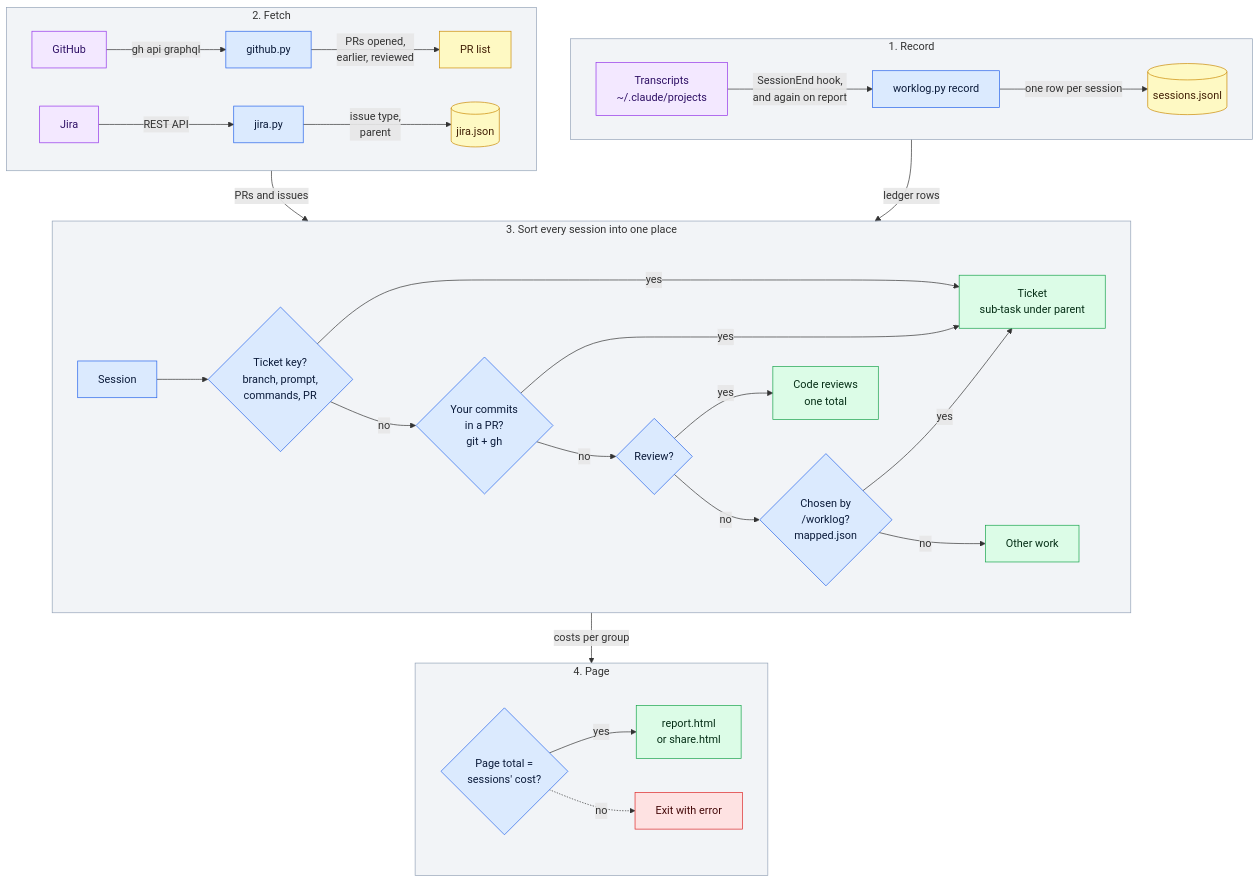
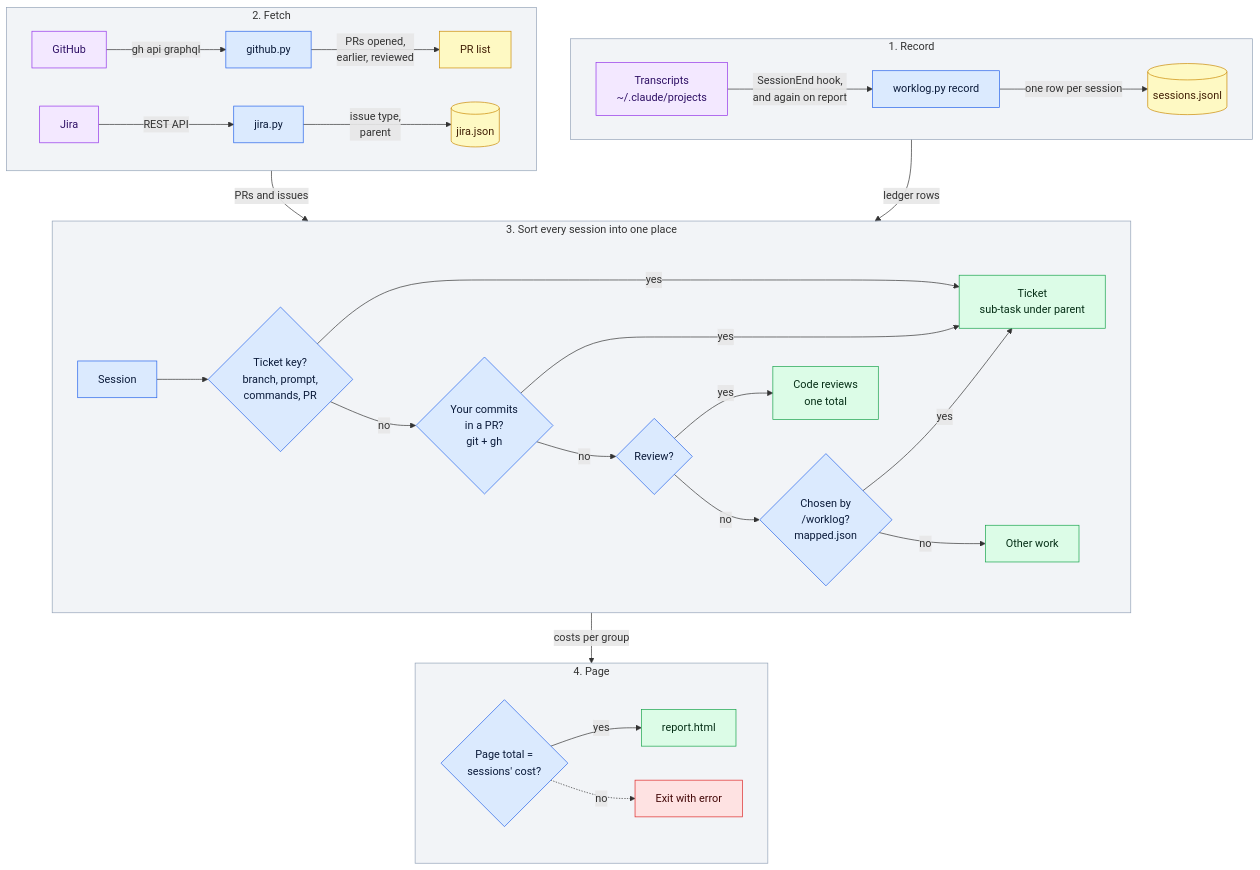
Before and after one commit to araltiparmak/claude-harness: the diagram in skills/worklog/flow.mmd, drawn with Mermaid. The commit also changed 6 other files, not shown here.

First line of the commit message:
worklog: share publishes the whole page; the script never publishes

```diff
--- a/skills/worklog/flow.mmd
+++ b/skills/worklog/flow.mmd
@@ -1,42 +1,42 @@
 %% How /worklog turns sessions, pull requests and Jira issues into one page. Render: diagrams/scripts/render.sh flow.mmd
 flowchart TB
   subgraph fetch [2. Fetch]
     direction LR
     gh[GitHub] -- gh api graphql --> ghp[github.py] -- PRs opened,<br/>earlier, reviewed --> prs[PR list]
     jc[Jira] -- REST API --> jp[jira.py] -- issue type,<br/>parent --> cache[(jira.json)]
   end
   subgraph rec [1. Record]
     direction LR
     tr[Transcripts<br/>~/.claude/projects] -- SessionEnd hook,<br/>and again on report --> rc[worklog.py record] -- one row per session --> led[(sessions.jsonl)]
   end
   subgraph sort [3. Sort every session into one place]
     direction LR
     s[Session] --> key{Ticket key?<br/>branch, prompt,<br/>commands, PR} -- yes --> tk[Ticket<br/>sub-task under parent]
     key -- no --> cm{Your commits<br/>in a PR?<br/>git + gh} -- yes --> tk
     cm -- no --> rv{Review?} -- yes --> rpr[Code reviews<br/>one total]
     rv -- no --> mp{Chosen by<br/>/worklog?<br/>mapped.json} -- yes --> tk
     mp -- no --> oth[Other work]
   end
   subgraph out [4. Page]
     direction LR
-    chk{Page total =<br/>sessions' cost?} -- yes --> page[report.html<br/>or share.html]
+    chk{Page total =<br/>sessions' cost?} -- yes --> page[report.html]
     chk -. no .-> stop[Exit with error]
   end
   fetch -- PRs and issues --> sort
   rec -- ledger rows --> sort
   sort -- costs per group --> out
 
   classDef step fill:#dbeafe,stroke:#2563eb,color:#0b1b3a
   classDef ext fill:#f3e8ff,stroke:#9333ea,color:#2e1065
   classDef data fill:#fef9c3,stroke:#ca8a04,color:#422006
   classDef fail fill:#fee2e2,stroke:#dc2626,color:#450a0a
   classDef done fill:#dcfce7,stroke:#16a34a,color:#052e16
   class rc,ghp,jp,s,key,cm,rv,mp,chk step
   class tr,gh,jc ext
   class led,prs,cache data
   class stop fail
   class tk,rpr,oth,page done
   style rec fill:#94a3b81f,stroke:#94a3b8
   style fetch fill:#94a3b81f,stroke:#94a3b8
   style sort fill:#94a3b81f,stroke:#94a3b8
   style out fill:#94a3b81f,stroke:#94a3b8
```
